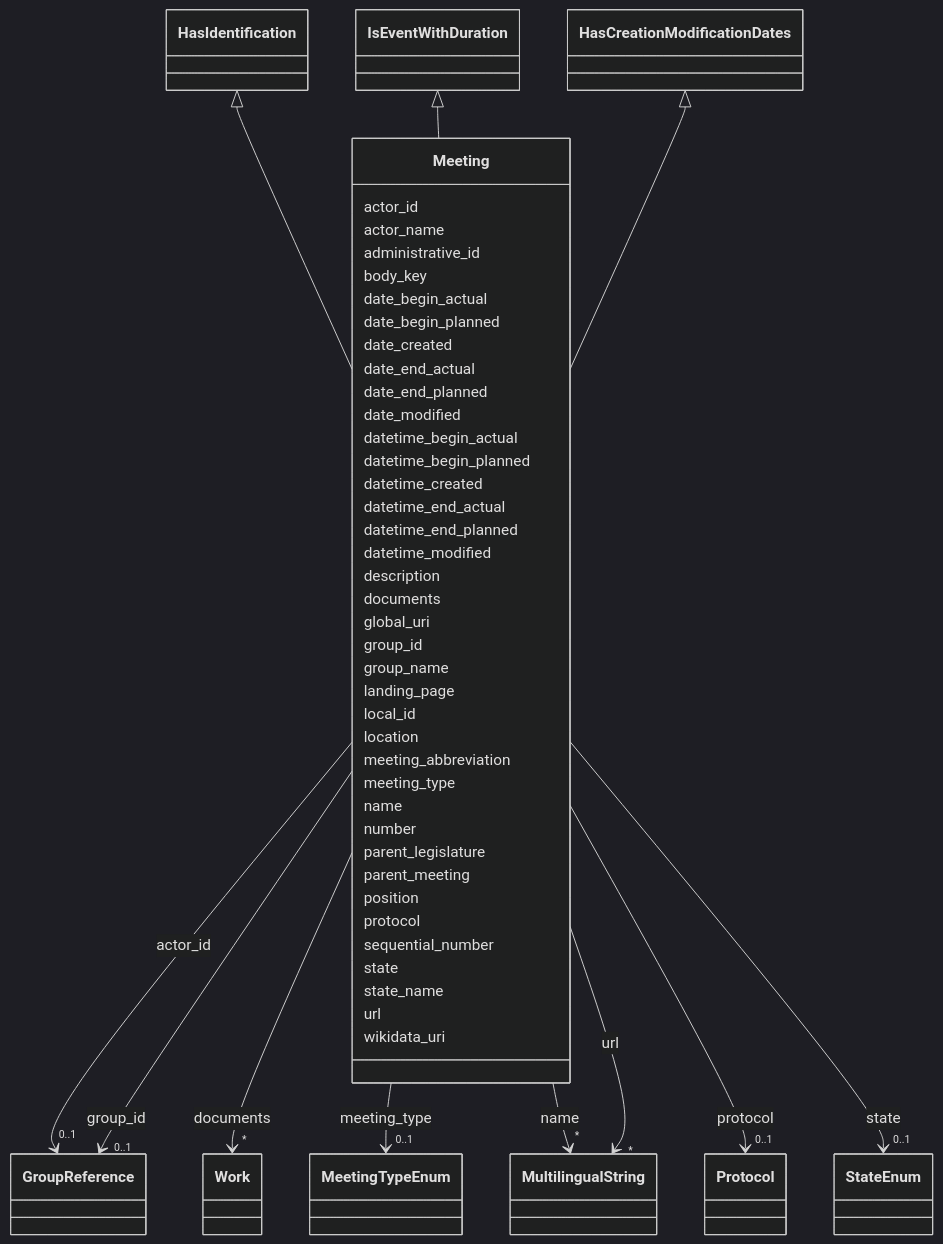
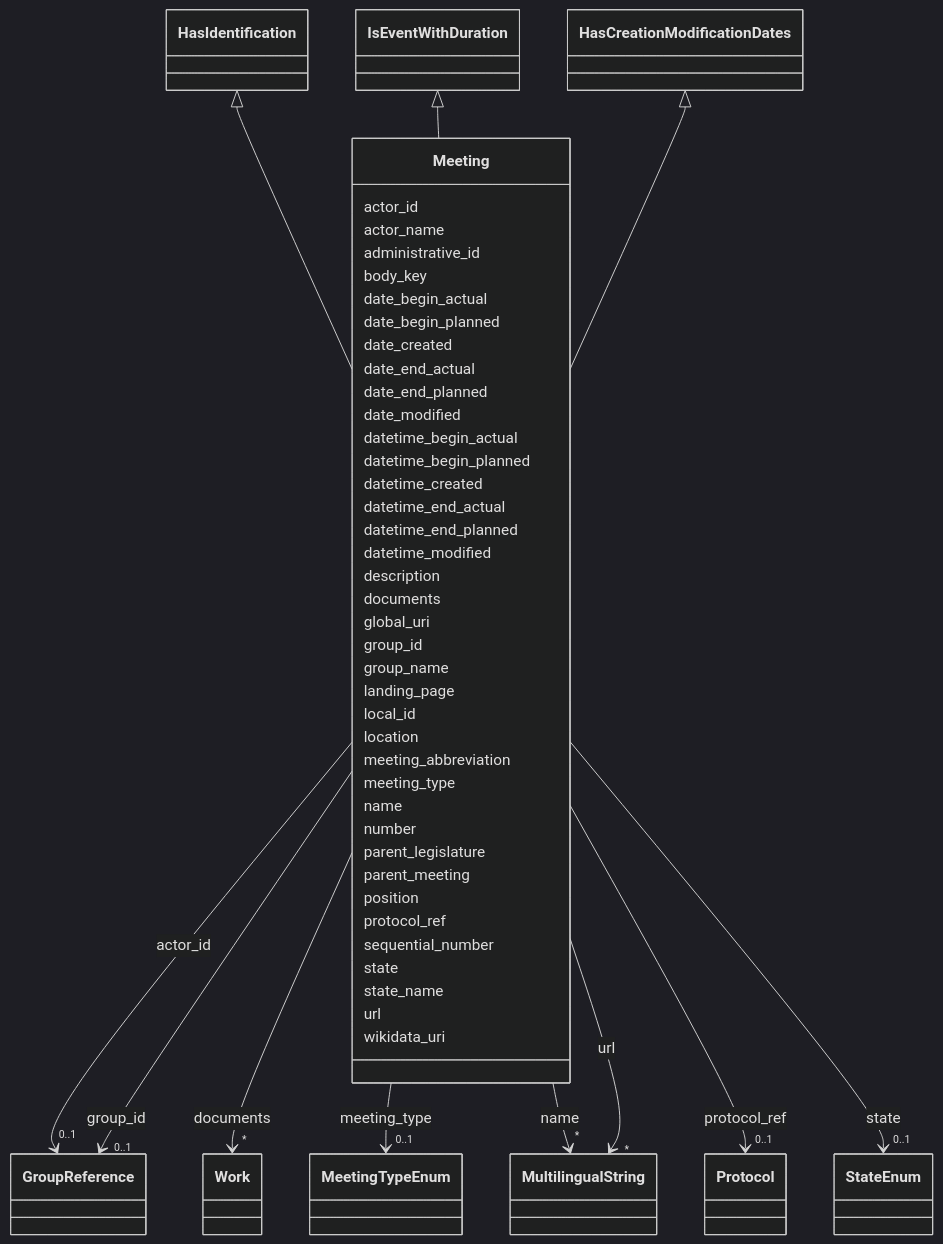
One commit to swiss/political-affairs-ech-group changed the diagram in ech-0293_operations/output/docs/Meeting.md. Above: the diagram before and after it, drawn with Mermaid (dark theme). The commit also changed other lines of this file and 7 other files, not shown here.

```diff
--- a/ech-0293_operations/output/docs/Meeting.md
+++ b/ech-0293_operations/output/docs/Meeting.md
@@ -142,13 +142,13 @@
         
       Meeting : position
         
-      Meeting : protocol
+      Meeting : protocol_ref
         
           
     
         
         
-        Meeting --> "0..1" Protocol : protocol
+        Meeting --> "0..1" Protocol : protocol_ref
         click Protocol href "../Protocol/"
     
 
```
